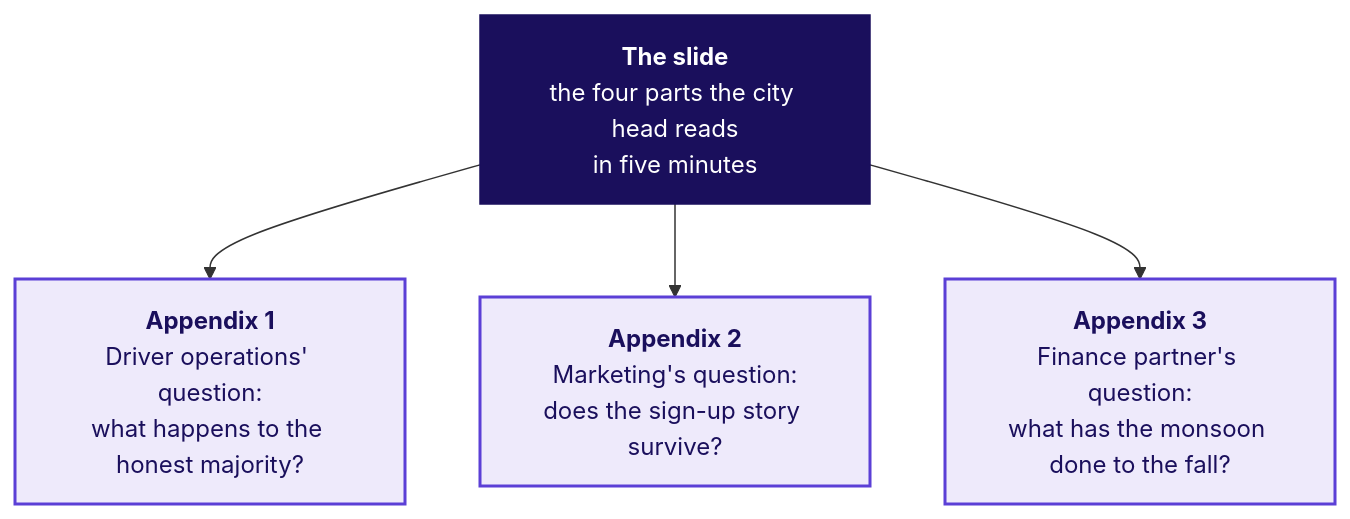
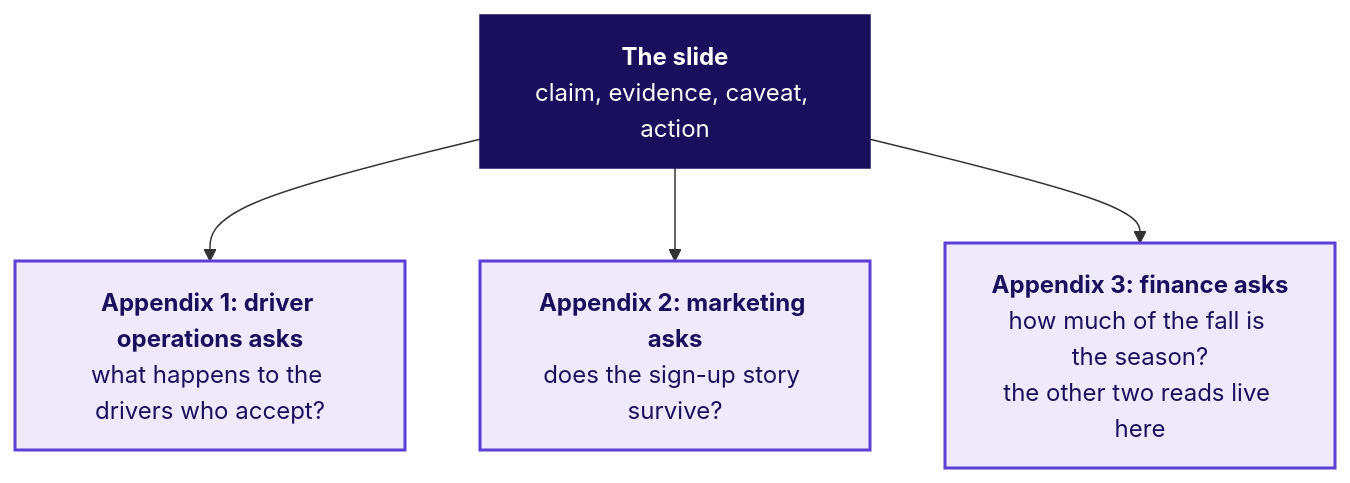
The fourth of 5 diagrams in content/W04/D2/slides/C2_W04_D02_half1_STUDENT.md (fde-academy-lab/c2-content-factory), drawn with Mermaid before and after one commit. The commit also changed other lines of this file and 8 other files, not shown here.

First line of the commit message:
W04 D2 decks: half1 rebuilt to the spine's minutes, half2 with the dojo, the written case and two transcripts

````diff
--- a/content/W04/D2/slides/C2_W04_D02_half1_STUDENT.md
+++ b/content/W04/D2/slides/C2_W04_D02_half1_STUDENT.md
@@ -460,14 +588,14 @@
 ```mermaid
 flowchart TD
-    S["<b>The slide</b><br/>the four parts the city head reads<br/>in five minutes"]
-    A1["<b>Appendix 1</b><br/>Driver operations' question:<br/>what happens to the honest majority?"]
-    A2["<b>Appendix 2</b><br/>Marketing's question:<br/>does the sign-up story survive?"]
-    A3["<b>Appendix 3</b><br/>Finance partner's question:<br/>what has the monsoon done to the fall?"]
+    S["<b>The slide</b><br/>claim, evidence, caveat, action"]
+    A1["<b>Appendix 1: driver operations asks</b><br/>what happens to the drivers who accept?"]
+    A2["<b>Appendix 2: marketing asks</b><br/>does the sign-up story survive?"]
+    A3["<b>Appendix 3: finance asks</b><br/>how much of the fall is the season?<br/>the other two reads live here"]
     S --> A1
     S --> A2
     S --> A3
     classDef lit fill:#1A0F5C,stroke:#1A0F5C,color:#FFFFFF
     classDef known fill:#EEEAFB,stroke:#5B3FD6,color:#1A0F5C,stroke-width:2px
     class S lit
     class A1,A2,A3 known
 ```
````
